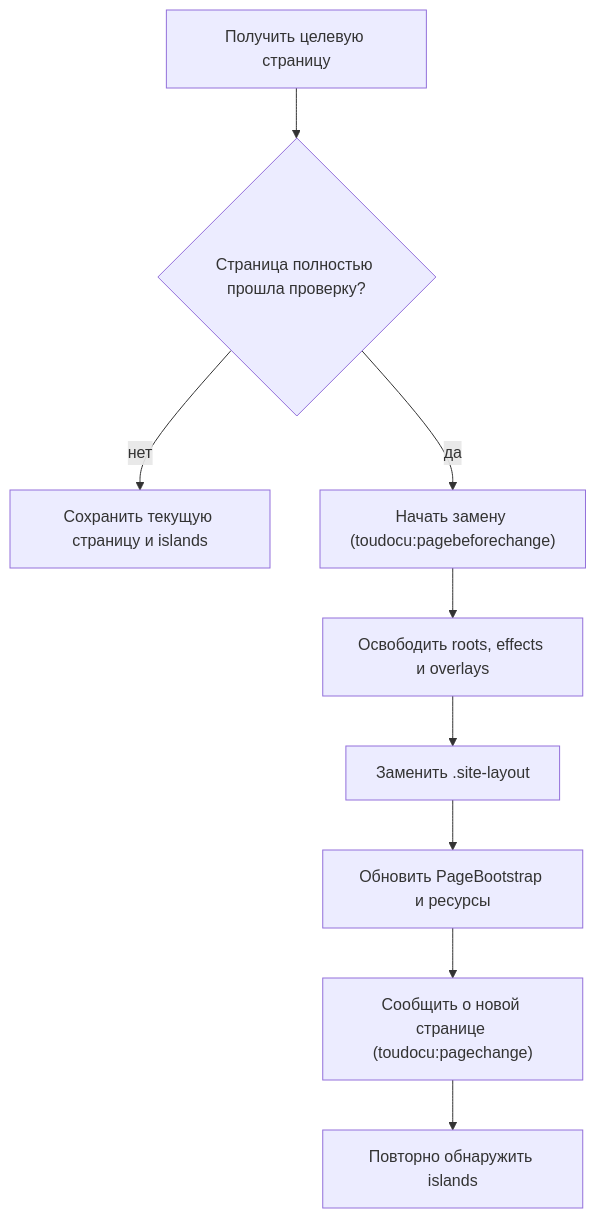
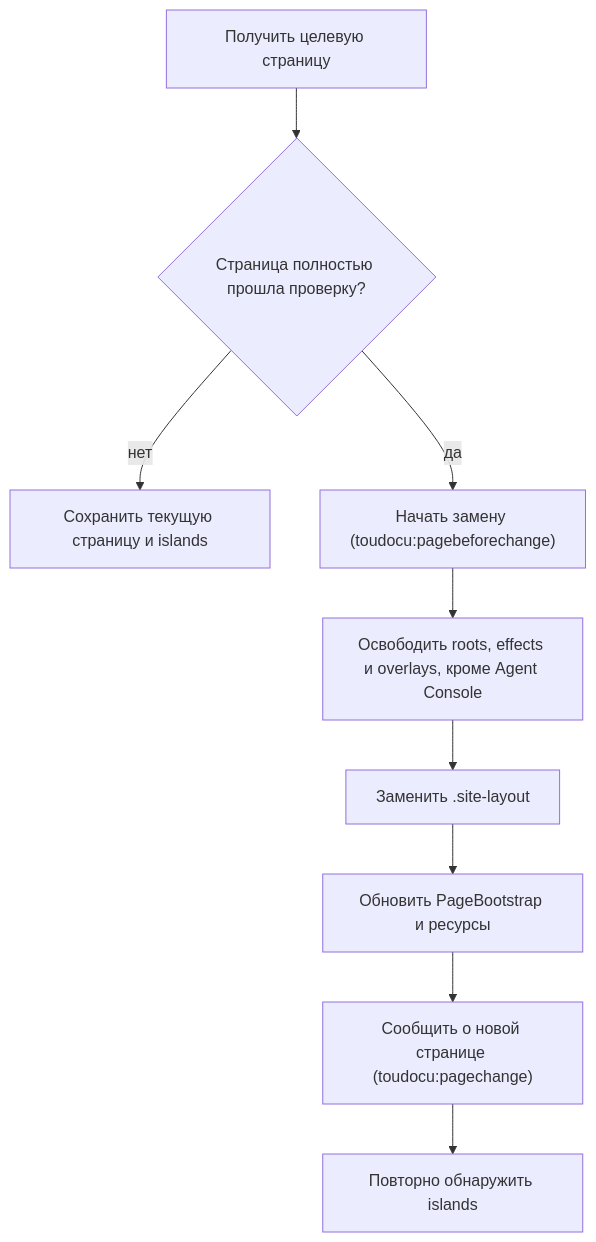
One commit to lumenikoly/docu-docu changed the second of 2 diagrams in docs/architecture/frontend-runtime-boundary.md. Above: the diagram before and after it, drawn with Mermaid. The commit also changed other lines of this file and 118 other files, not shown here.

````diff
--- a/docs/architecture/frontend-runtime-boundary.md
+++ b/docs/architecture/frontend-runtime-boundary.md
@@ -117,11 +117,11 @@
 ```mermaid
 flowchart TD
     Fetch["Получить целевую страницу"] --> Validate{"Страница полностью прошла проверку?"}
     Validate -->|нет| Keep["Сохранить текущую страницу и islands"]
     Validate -->|да| Before["Начать замену (toudocu:pagebeforechange)"]
-    Before --> Unmount["Освободить roots, effects и overlays"]
+    Before --> Unmount["Освободить roots, effects и overlays, кроме Agent Console"]
     Unmount --> Layout["Заменить .site-layout"]
     Layout --> Bootstrap["Обновить PageBootstrap и ресурсы"]
     Bootstrap --> Change["Сообщить о новой странице (toudocu:pagechange)"]
     Change --> Discover["Повторно обнаружить islands"]
 ```
````
